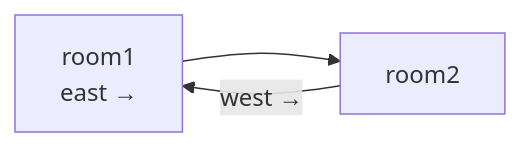
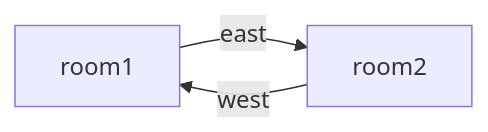
One commit to CheMical/DAT-GBG-DA-E26AB changed the second of 2 diagrams in 39/03_ons_2026-09-23/README.md. Above: the diagram before and after it, drawn with Mermaid. The commit also changed other lines of this file and 50 other files, not shown here.

````diff
--- a/39/03_ons_2026-09-23/README.md
+++ b/39/03_ons_2026-09-23/README.md
@@ -120,5 +120,5 @@
 ```mermaid
 flowchart LR
-    R1["room1<br/>east →"] --> R2["room2"]
-    R2 -- "west →" --> R1
+    R1["room1"] -- "east" --> R2["room2"]
+    R2 -- "west" --> R1
 ```
````
